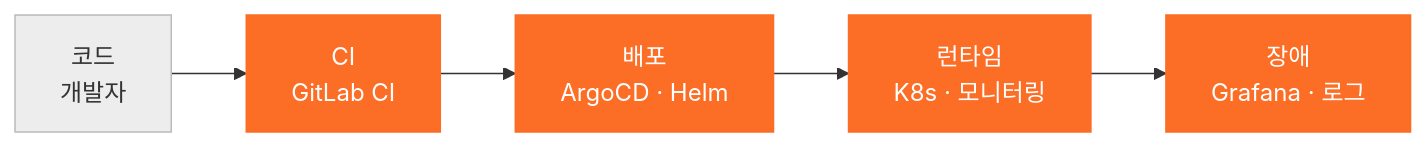
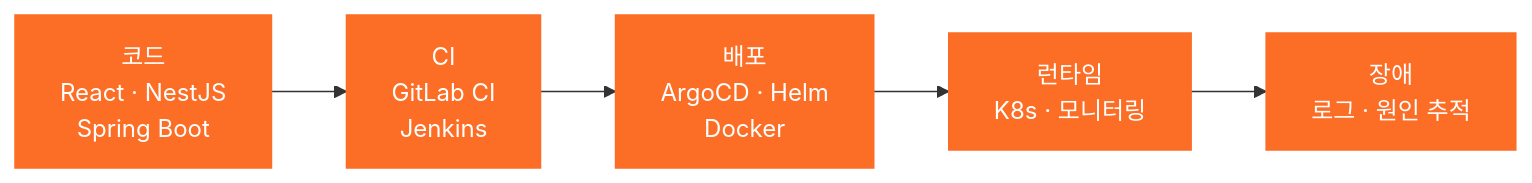
Before and after one commit to smshack/smshack: the diagram in README.md, drawn with Mermaid. The commit also changed other lines of this file and 1 other file, not shown here.

````diff
--- a/README.md
+++ b/README.md
@@ -32,9 +21,9 @@
 ```mermaid
 flowchart LR
-    A["코드<br/>개발자"] --> B["CI<br/>GitLab CI"] --> C["배포<br/>ArgoCD · Helm"] --> D["런타임<br/>K8s · 모니터링"] --> E["장애<br/>Grafana · 로그"]
-    style A fill:#EDEDED,stroke:#BBBBBB,color:#333333
+    A["코드<br/>React · NestJS<br/>Spring Boot"] --> B["CI<br/>GitLab CI<br/>Jenkins"] --> C["배포<br/>ArgoCD · Helm<br/>Docker"] --> D["런타임<br/>K8s · 모니터링"] --> E["장애<br/>로그 · 원인 추적"]
+    style A fill:#FC6D26,stroke:#FC6D26,color:#FFFFFF
     style B fill:#FC6D26,stroke:#FC6D26,color:#FFFFFF
     style C fill:#FC6D26,stroke:#FC6D26,color:#FFFFFF
     style D fill:#FC6D26,stroke:#FC6D26,color:#FFFFFF
     style E fill:#FC6D26,stroke:#FC6D26,color:#FFFFFF
 ```
````
